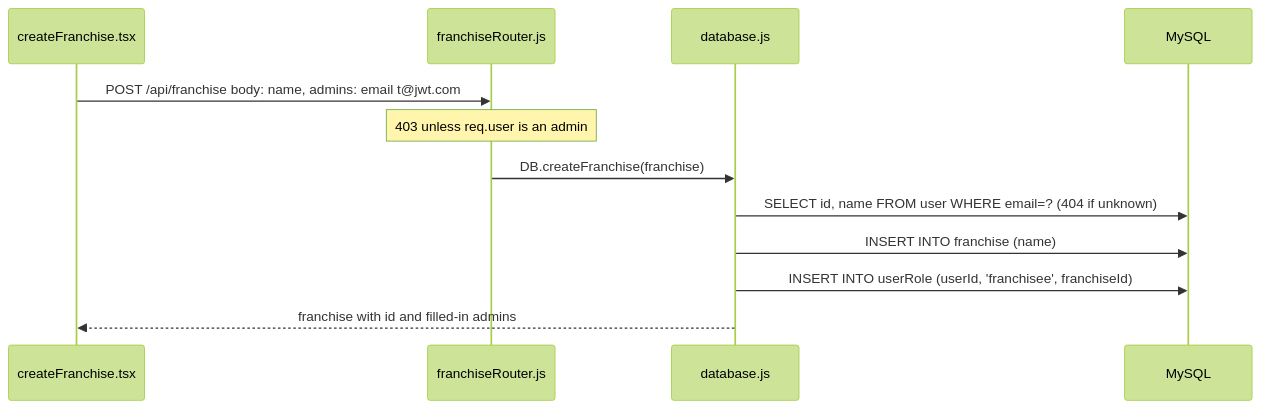
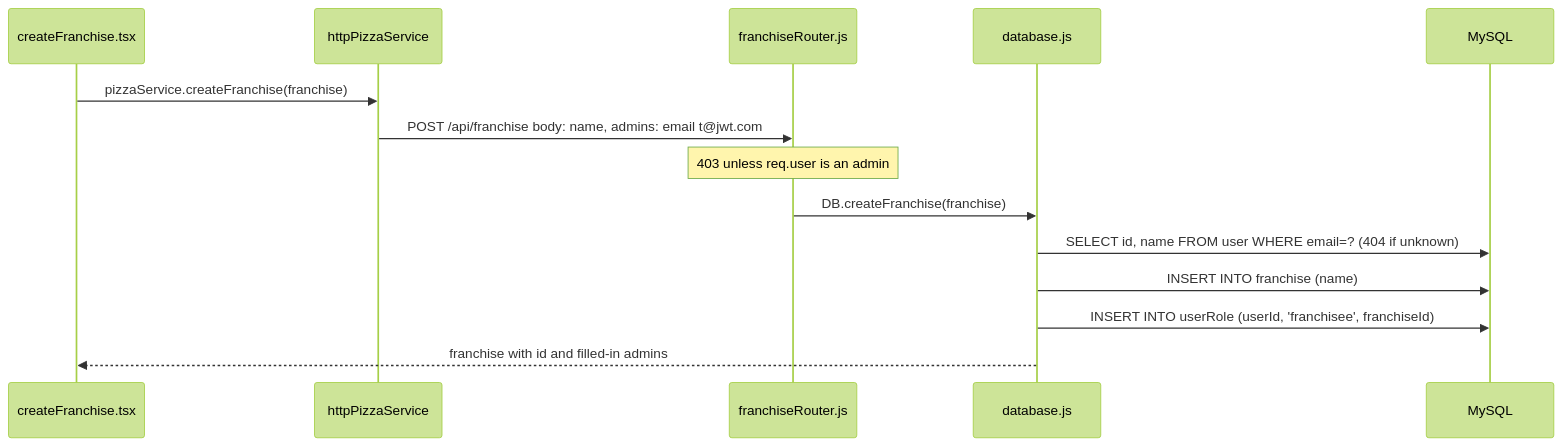
One commit to joshuajob-cs/jwt-pizza changed diagram 16 of 18 in docs/flows.md. Above: the diagram before and after it, drawn with Mermaid (forest theme). The commit also changed other lines of this file, not shown here.

Commit message:
refactor(docs): draw every layer consistently in flows.md

````diff
--- a/docs/flows.md
+++ b/docs/flows.md
@@ -321,14 +422,16 @@
 ```mermaid
 sequenceDiagram
   participant V as createFranchise.tsx
+  participant S as httpPizzaService
   participant R as franchiseRouter.js
   participant D as database.js
   participant M as MySQL
-  V->>R: POST /api/franchise  body: name, admins: email t@jwt.com
+  V->>S: pizzaService.createFranchise(franchise)
+  S->>R: POST /api/franchise  body: name, admins: email t@jwt.com
   Note over R: 403 unless req.user is an admin
   R->>D: DB.createFranchise(franchise)
   D->>M: SELECT id, name FROM user WHERE email=?  (404 if unknown)
   D->>M: INSERT INTO franchise (name)
   D->>M: INSERT INTO userRole (userId, 'franchisee', franchiseId)
   D-->>V: franchise with id and filled-in admins
 ```
````
